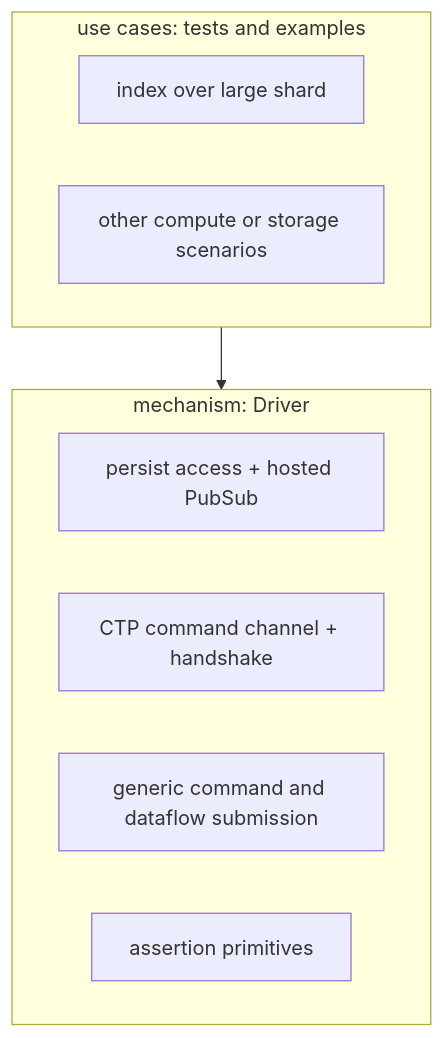
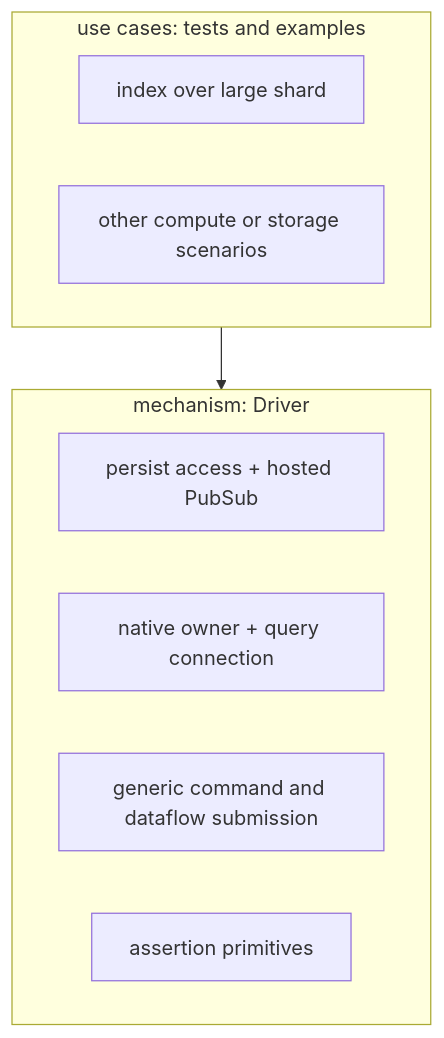
Before and after one commit to MaterializeInc/materialize: the diagram in doc/developer/design/20260612_headless_clusterd_test_driver.md, drawn with Mermaid. The commit also changed other lines of this file and 19 other files, not shown here.

````diff
--- a/doc/developer/design/20260612_headless_clusterd_test_driver.md
+++ b/doc/developer/design/20260612_headless_clusterd_test_driver.md
@@ -28,14 +28,14 @@
 ```mermaid
 graph TB
   subgraph uc[use cases: tests and examples]
     S1[index over large shard]
     S2[other compute or storage scenarios]
   end
   subgraph mech[mechanism: Driver]
     PA[persist access + hosted PubSub]
-    CH[CTP command channel + handshake]
+    CH[native owner + query connection]
     SUB[generic command and dataflow submission]
     AS[assertion primitives]
   end
   uc --> mech
 ```
````
